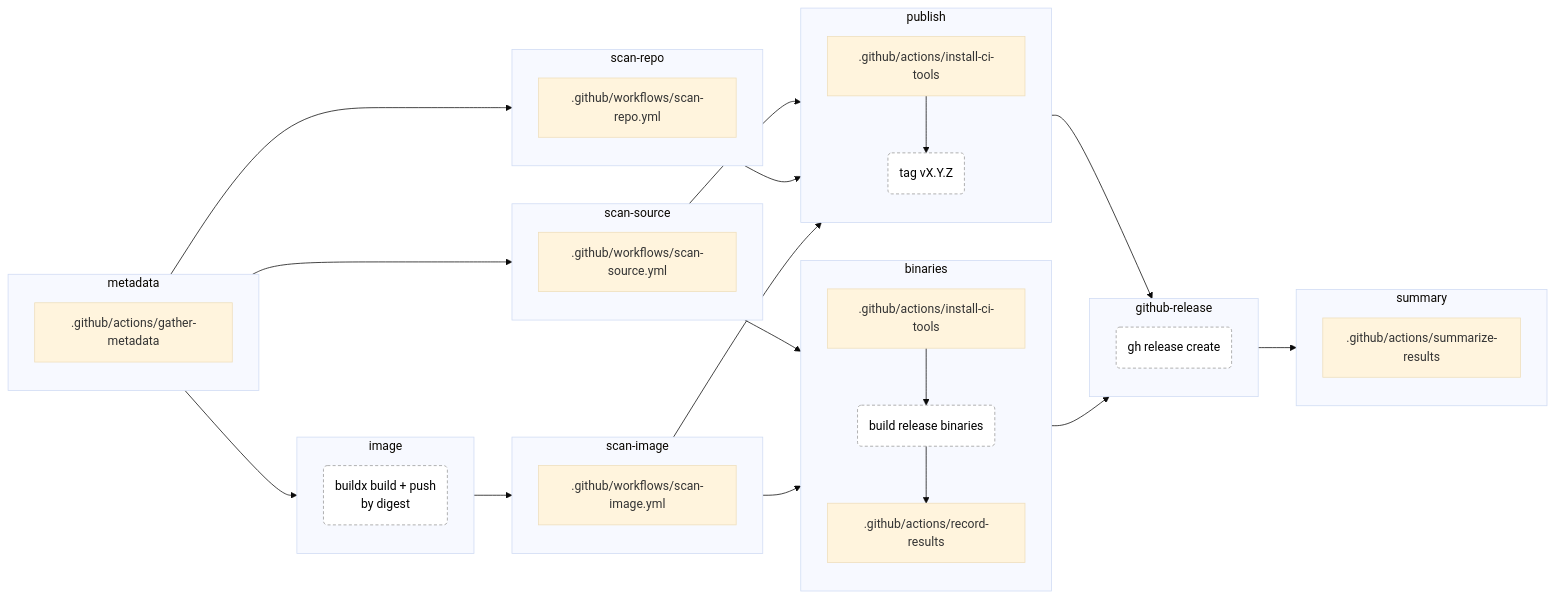
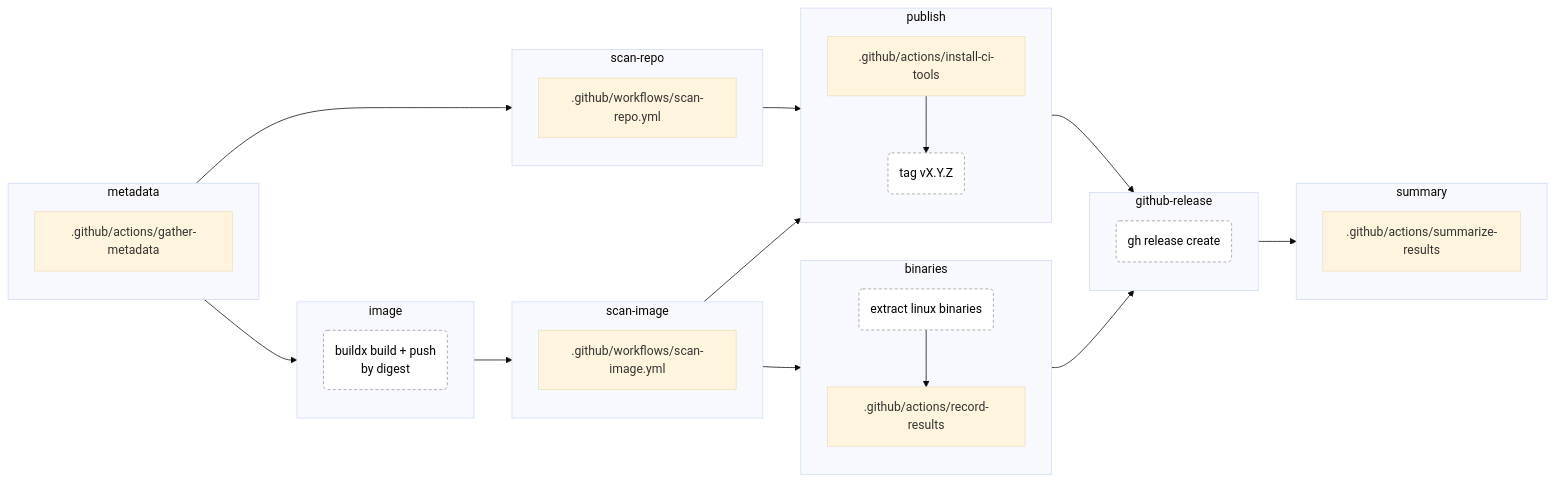
The fourth of 7 diagrams in docs/GITHUB.md (YoyoBesser/echo-pong), drawn with Mermaid (base theme) before and after one commit. The commit also changed other lines of this file and 20 other files, not shown here.

````diff
--- a/docs/GITHUB.md
+++ b/docs/GITHUB.md
@@ -166,57 +159,49 @@
 ```mermaid
 flowchart LR
   classDef do fill:#fff,stroke:#999,stroke-dasharray:4 3,color:#000
   subgraph j_metadata["metadata"]
     direction TB
     j_metadata_0[.github/actions/gather-metadata]
   end
   subgraph j_image["image"]
     direction TB
     j_image_0("buildx build + push<br>by digest"):::do
-  end
-  subgraph j_scan_source["scan-source"]
-    direction TB
-    j_scan_source_0[.github/workflows/scan-source.yml]
   end
   subgraph j_scan_repo["scan-repo"]
     direction TB
     j_scan_repo_0[.github/workflows/scan-repo.yml]
   end
   subgraph j_scan_image["scan-image"]
     direction TB
     j_scan_image_0[.github/workflows/scan-image.yml]
   end
   subgraph j_publish["publish"]
     direction TB
     j_publish_0[.github/actions/install-ci-tools]
     j_publish_1("tag vX.Y.Z"):::do
     j_publish_0 --> j_publish_1
   end
   subgraph j_binaries["binaries"]
     direction TB
-    j_binaries_0[.github/actions/install-ci-tools]
-    j_binaries_1("build release binaries"):::do
-    j_binaries_2[.github/actions/record-results]
-    j_binaries_0 --> j_binaries_1 --> j_binaries_2
+    j_binaries_0("extract linux binaries"):::do
+    j_binaries_1[.github/actions/record-results]
+    j_binaries_0 --> j_binaries_1
   end
   subgraph j_github_release["github-release"]
     direction TB
     j_github_release_0("gh release create"):::do
   end
   subgraph j_summary["summary"]
     direction TB
     j_summary_0[.github/actions/summarize-results]
   end
   j_metadata --> j_image
-  j_metadata --> j_scan_source
   j_metadata --> j_scan_repo
   j_image --> j_scan_image
-  j_scan_source --> j_publish
   j_scan_repo --> j_publish
   j_scan_image --> j_publish
-  j_scan_source --> j_binaries
   j_scan_image --> j_binaries
   j_publish --> j_github_release
   j_binaries --> j_github_release
   j_github_release --> j_summary
 ```
````
